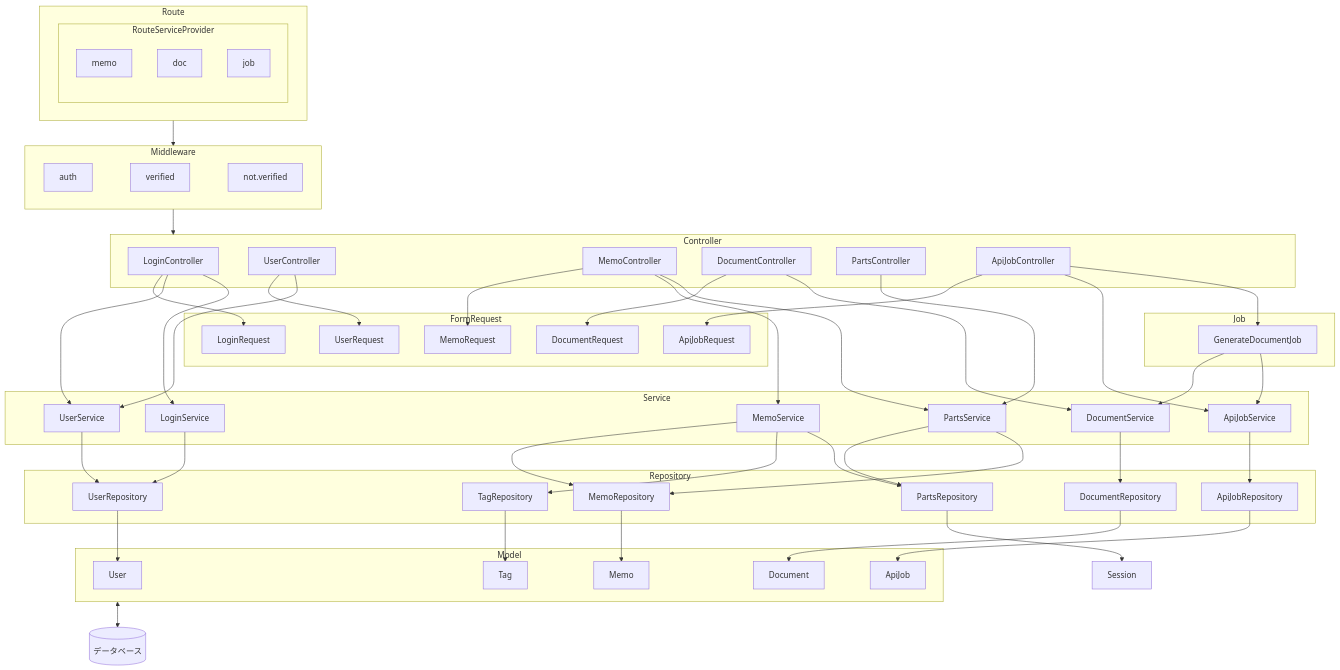
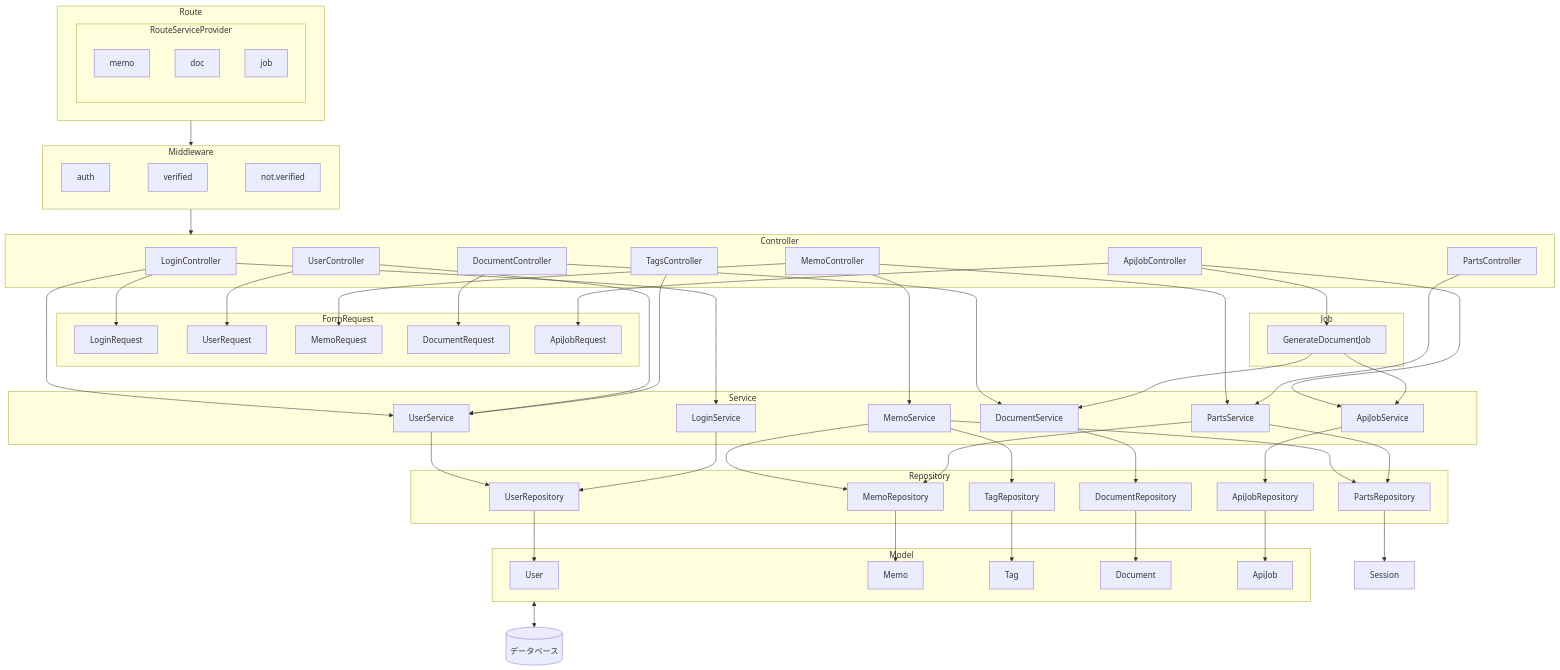
Before and after one commit to joyrswd/memodoc: the diagram in docs/class.md, drawn with Mermaid. The commit also changed other lines of this file and 2 other files, not shown here.

```diff
--- a/docs/class.md
+++ b/docs/class.md
@@ -52,6 +52,7 @@
         DocumentController --> DocumentRequest
         PartsController
         ApiJobController --> ApiJobRequest
+        TagsController
     end
     subgraph Job
         GenerateDocumentJob
@@ -70,6 +71,7 @@
     PartsController --> PartsService
     ApiJobController --> ApiJobService
     ApiJobController --> GenerateDocumentJob
+    TagsController --> UserService
 
     UserService --> UserRepository
     LoginService --> UserRepository
```
